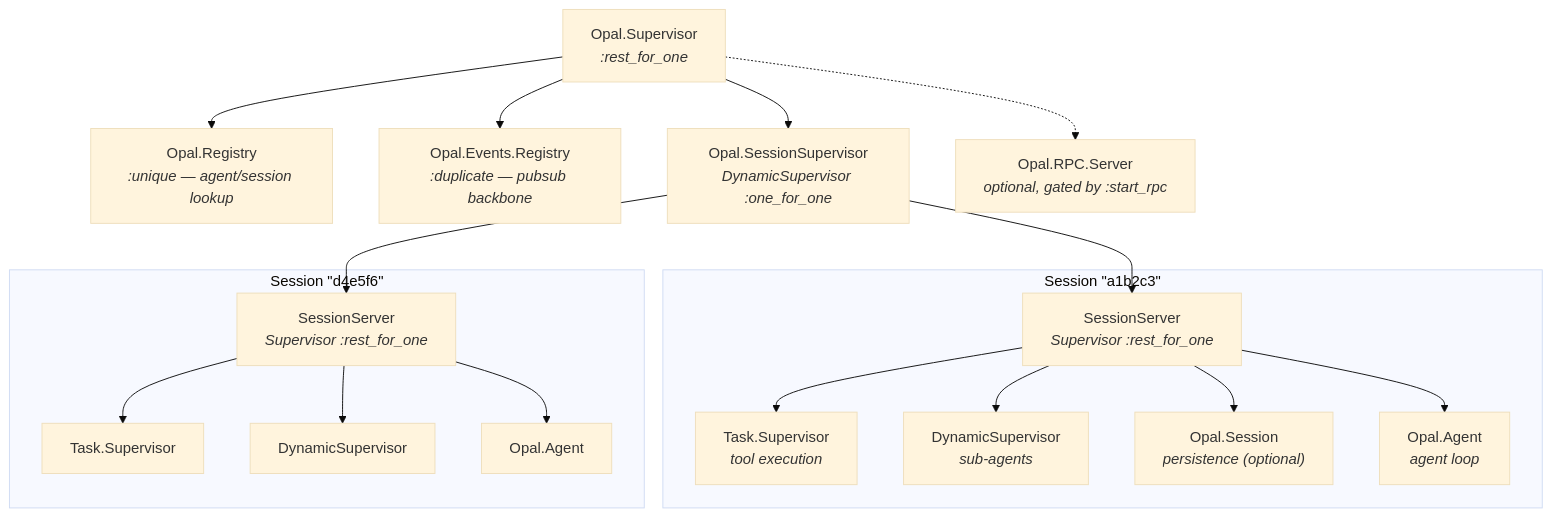
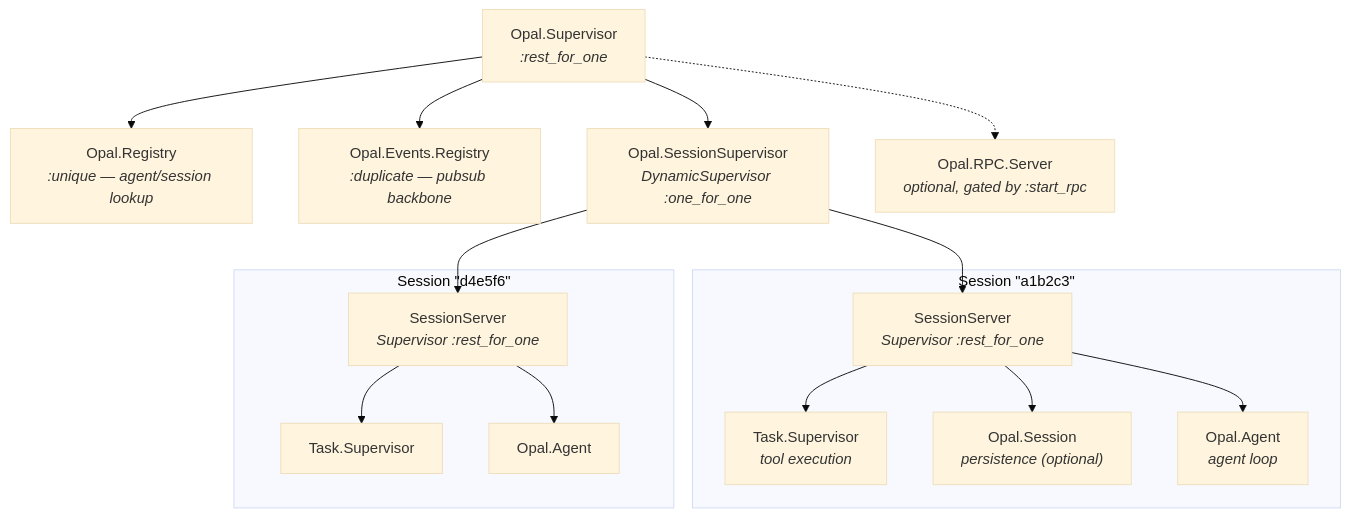
The first of 7 diagrams in docs/supervision.md (matteing/opal), drawn with Mermaid (base theme) before and after one commit. The commit also changed other lines of this file and 65 other files, not shown here.

````diff
--- a/docs/supervision.md
+++ b/docs/supervision.md
@@ -13,38 +13,34 @@
 ```mermaid
 graph TD
     OpalSup["Opal.Supervisor<br/><i>:rest_for_one</i>"]
     AgentRegistry["Opal.Registry<br/><i>:unique — agent/session lookup</i>"]
     Registry["Opal.Events.Registry<br/><i>:duplicate — pubsub backbone</i>"]
     SessionSup["Opal.SessionSupervisor<br/><i>DynamicSupervisor :one_for_one</i>"]
     Stdio["Opal.RPC.Server<br/><i>optional, gated by :start_rpc</i>"]
 
     OpalSup --> AgentRegistry
     OpalSup --> Registry
     OpalSup --> SessionSup
     OpalSup -.-> Stdio
 
     subgraph session_a["Session &quot;a1b2c3&quot;"]
         SSA["SessionServer<br/><i>Supervisor :rest_for_one</i>"]
         TSA["Task.Supervisor<br/><i>tool execution</i>"]
-        DSA["DynamicSupervisor<br/><i>sub-agents</i>"]
         SesA["Opal.Session<br/><i>persistence (optional)</i>"]
         AgentA["Opal.Agent<br/><i>agent loop</i>"]
         SSA --> TSA
-        SSA --> DSA
         SSA --> SesA
         SSA --> AgentA
     end
 
     subgraph session_b["Session &quot;d4e5f6&quot;"]
         SSB["SessionServer<br/><i>Supervisor :rest_for_one</i>"]
         TSB["Task.Supervisor"]
-        DSB["DynamicSupervisor"]
         AgentB["Opal.Agent"]
         SSB --> TSB
-        SSB --> DSB
         SSB --> AgentB
     end
 
     SessionSup --> SSA
     SessionSup --> SSB
 ```
````
